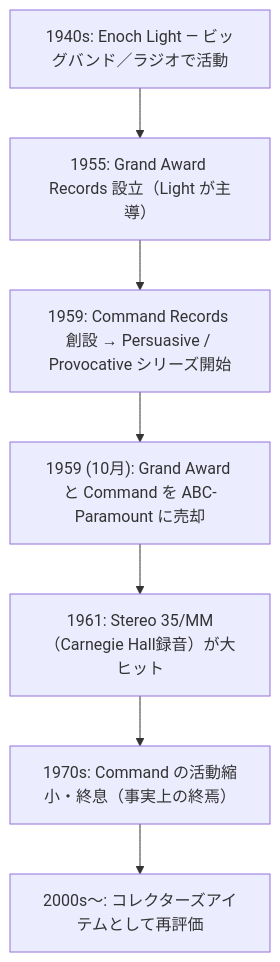
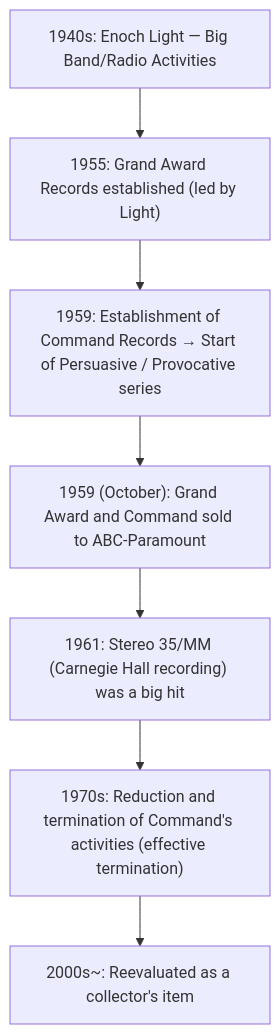
The first of 2 diagrams in en/_posts/2025-10-04-Column-Enoch-Light-Command.md (monumental-movement/monumental-movement.github.io), drawn with Mermaid before and after one commit. The commit also changed other lines of this file and 152 other files, not shown here.

```diff
--- a/en/_posts/2025-10-04-Column-Enoch-Light-Command.md
+++ b/en/_posts/2025-10-04-Column-Enoch-Light-Command.md
@@ -63,13 +63,13 @@
 <div class="mermaid">
 
 flowchart TD
-    A["1940s: Enoch Light — ビッグバンド／ラジオで活動"]
-    B["1955: Grand Award Records 設立（Light が主導）"]
-    C["1959: Command Records 創設 → Persuasive / Provocative シリーズ開始"]
-    D["1959 (10月): Grand Award と Command を ABC-Paramount に売却"]
-    E["1961: Stereo 35/MM（Carnegie Hall録音）が大ヒット"]
-    F["1970s: Command の活動縮小・終息（事実上の終焉）"]
-    G["2000s〜: コレクターズアイテムとして再評価"]
+    A["1940s: Enoch Light — Big Band/Radio Activities"]
+    B["1955: Grand Award Records established (led by Light)"]
+    C["1959: Establishment of Command Records → Start of Persuasive / Provocative series"]
+    D["1959 (October): Grand Award and Command sold to ABC-Paramount"]
+    E["1961: Stereo 35/MM (Carnegie Hall recording) was a big hit"]
+    F["1970s: Reduction and termination of Command's activities (effective termination)"]
+    G["2000s~: Reevaluated as a collector's item"]
 
     A --> B --> C --> D --> E --> F --> G
 </div>
```
